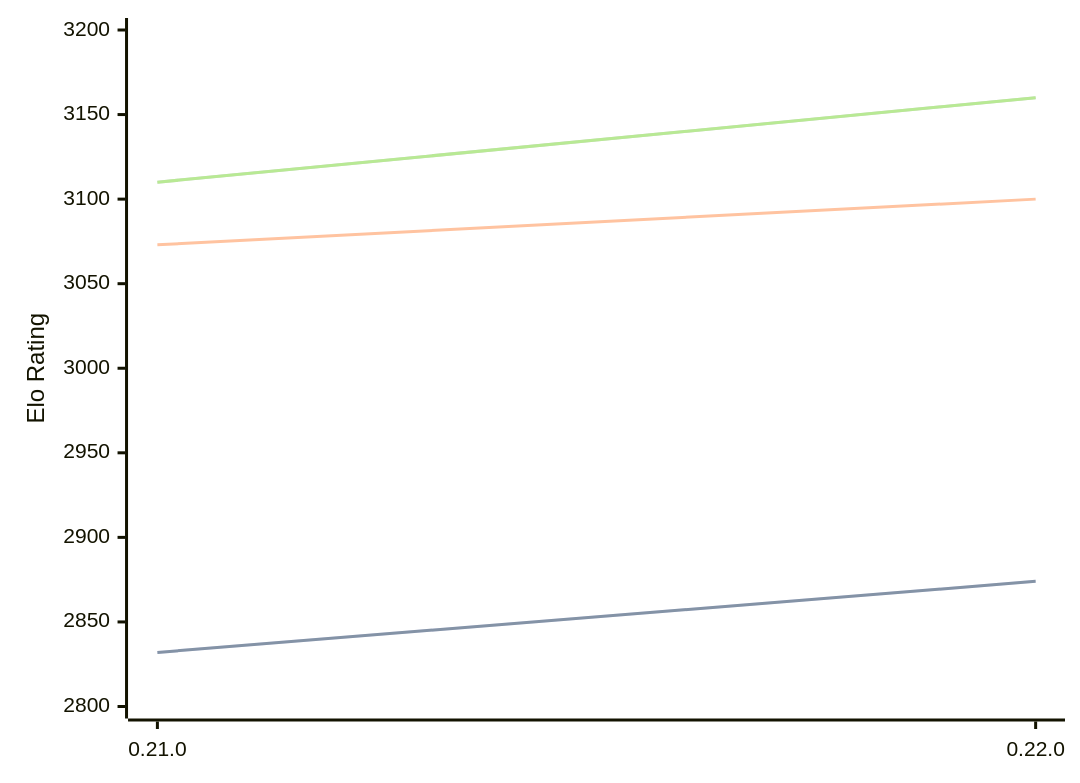
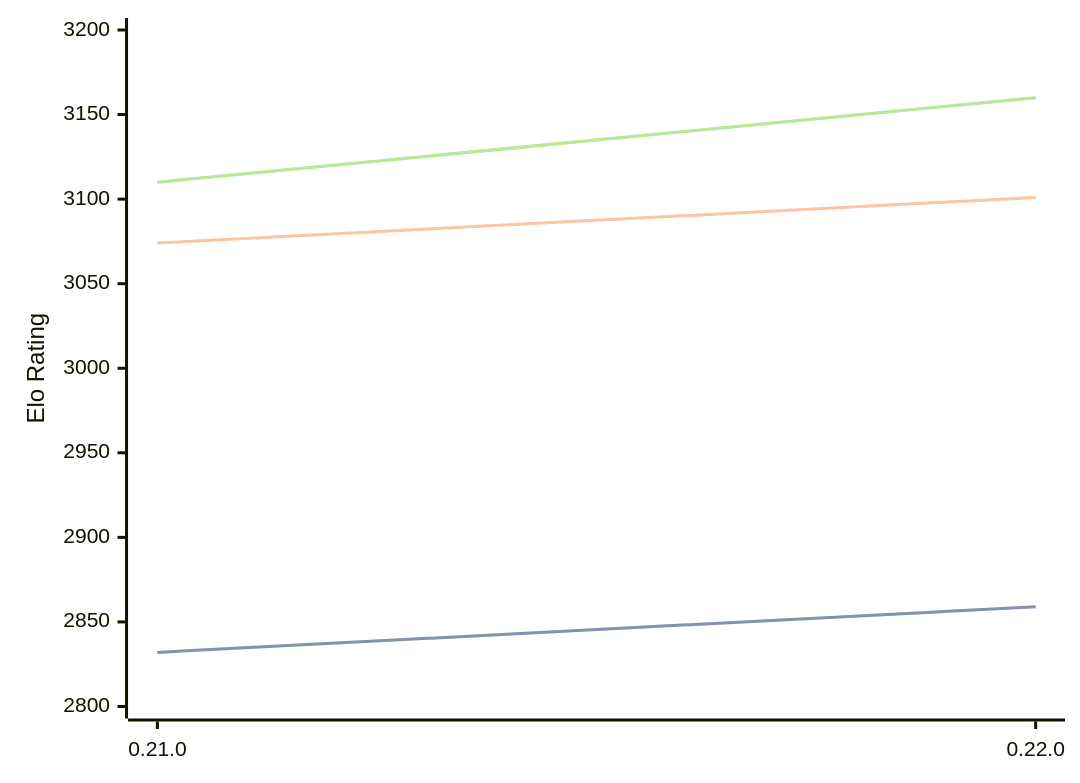
Before and after one commit to computer-chess-index/cci: the diagram in engines/Princhess.md, drawn with Mermaid. The commit also changed other lines of this file, not shown here.

````diff
--- a/engines/Princhess.md
+++ b/engines/Princhess.md
@@ -32,11 +32,11 @@
 ```mermaid
 %%{init: {"theme":"base","themeVariables":{"seriesColors:['#a3a3a3','#222221','#faa371']}}}%%
 xychart-beta
   x-axis ["0.21.0", "0.22.0"]
   y-axis "Elo Rating" 2800 --> 3200
-  line "STC (8.0+0.08s)" [2832, 2874]
-  line "STC (8.0+0.08s)" [2832, 2874]
-  line "LTC (60.0+0.60s)" [3073, 3100]
+  line "STC (8.0+0.08s)" [2832, 2859]
+  line "STC (8.0+0.08s)" [2832, 2859]
+  line "LTC (60.0+0.60s)" [3074, 3101]
   line "VLTC (2m24s+1.12s)" [3110, 3160]
   line "VLTC (2m24s+1.12s)" [3110, 3160]
 ```
````
